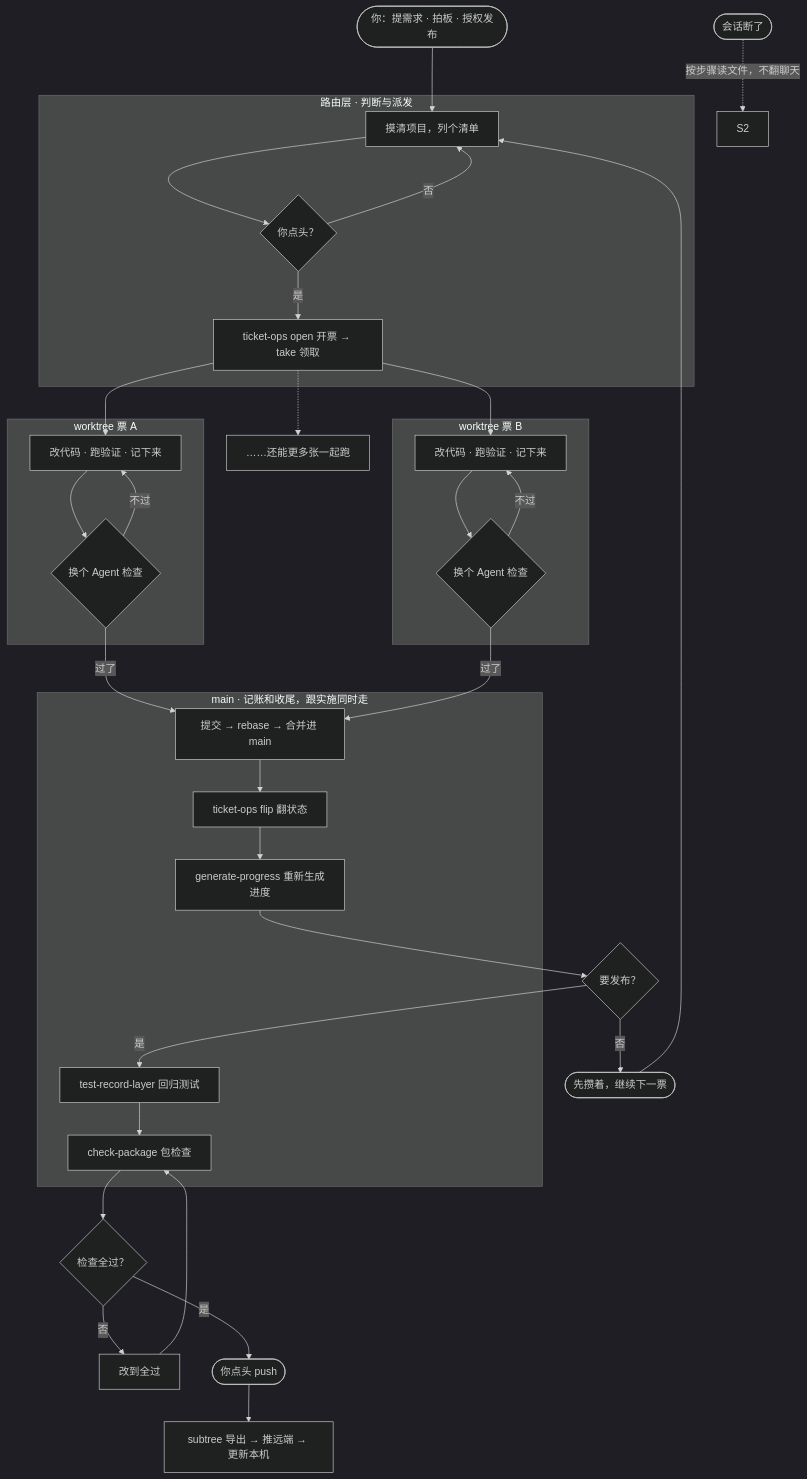
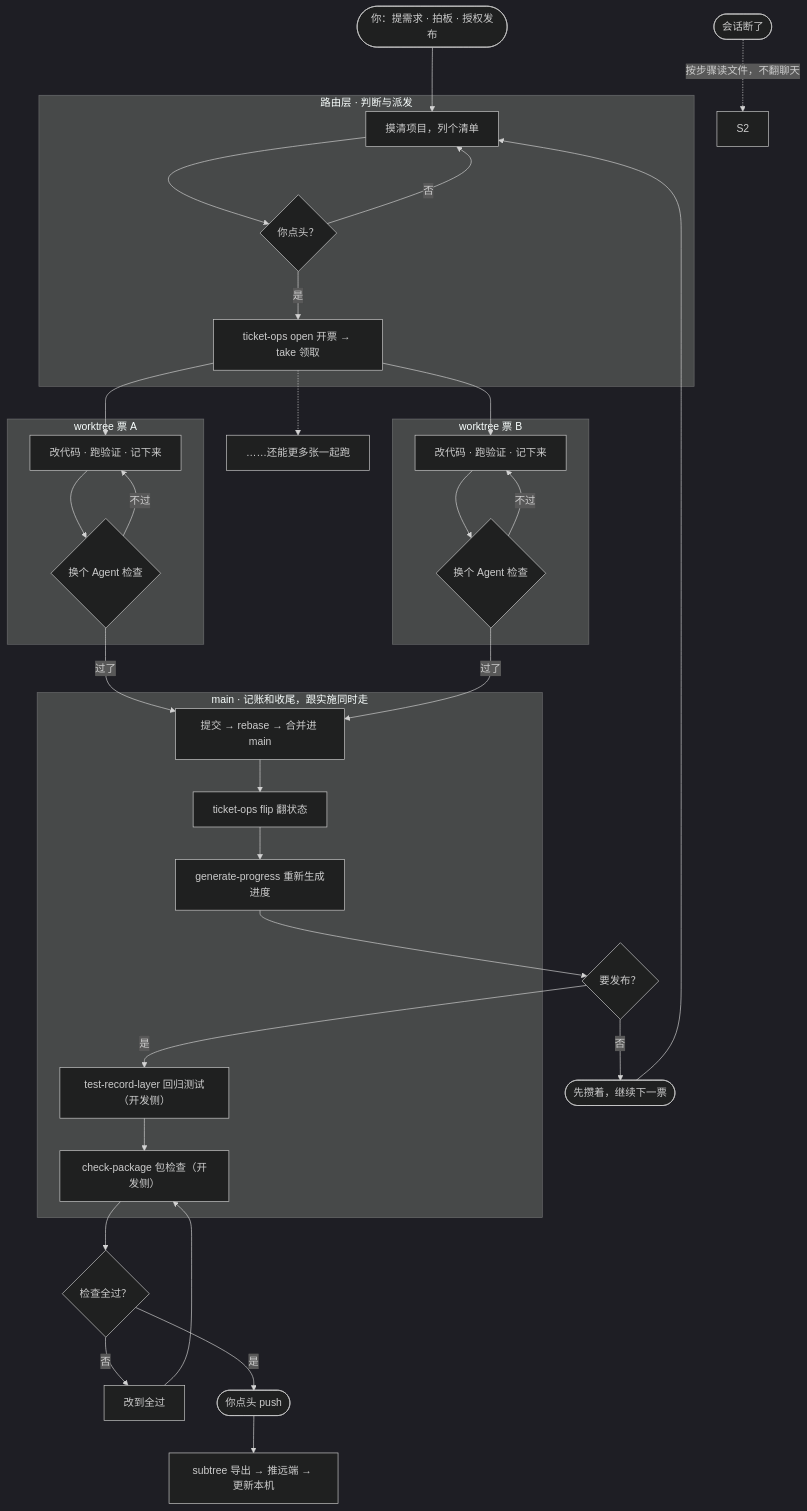
Before and after one commit to ynotoony/agent-up: the diagram in README.md, drawn with Mermaid (dark theme). The commit also changed 125 other files, not shown here.

````diff
--- a/README.md
+++ b/README.md
@@ -41,41 +41,41 @@
 ```mermaid
 flowchart TD
     U([你：提需求 · 拍板 · 授权发布]) --> A
     X([会话断了]) -. 按步骤读文件，不翻聊天 .-> S2
 
     subgraph S1 [路由层 · 判断与派发]
         A[摸清项目，列个清单] --> B{你点头？}
         B -- 否 --> A
         B -- 是 --> C["ticket-ops open 开票 → take 领取"]
     end
 
     C --> PA
     C --> PB
     C -.-> PC["……还能更多张一起跑"]
 
     subgraph SA [worktree 票 A]
         PA["改代码 · 跑验证 · 记下来"] --> RA{换个 Agent 检查}
         RA -- 不过 --> PA
     end
     subgraph SB [worktree 票 B]
         PB["改代码 · 跑验证 · 记下来"] --> RB{换个 Agent 检查}
         RB -- 不过 --> PB
     end
 
     RA -- 过了 --> G
     RB -- 过了 --> G
 
     subgraph S3 [main · 记账和收尾，跟实施同时走]
         G["提交 → rebase → 合并进 main"] --> H["ticket-ops flip 翻状态"]
         H --> I["generate-progress 重新生成进度"]
-        K["test-record-layer 回归测试"]
-        L["check-package 包检查"]
+        K["test-record-layer 回归测试（开发侧）"]
+        L["check-package 包检查（开发侧）"]
     end
 
     I --> M{要发布？}
     M -- 否 --> Z([先攒着，继续下一票]) --> A
     M -- 是 --> K
     K --> L --> N{检查全过？}
     N -- 否 --> Q[改到全过] --> L
     N -- 是 --> O([你点头 push]) --> P[subtree 导出 → 推远端 → 更新本机]
 ```
````
